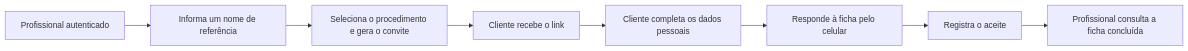
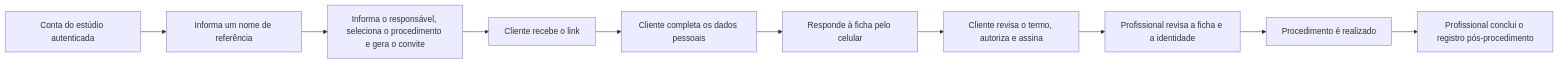
The first of 2 diagrams in README.md (Felipe-everardo/ficha-digital), drawn with Mermaid before and after one commit. The commit also changed other lines of this file and 173 other files, not shown here.

````diff
--- a/README.md
+++ b/README.md
@@ -41,10 +42,12 @@
 ```mermaid
 flowchart LR
-    A["Profissional autenticado"] --> B["Informa um nome de referência"]
-    B --> C["Seleciona o procedimento e gera o convite"]
+    A["Conta do estúdio autenticada"] --> B["Informa um nome de referência"]
+    B --> C["Informa o responsável, seleciona o procedimento e gera o convite"]
     C --> D["Cliente recebe o link"]
     D --> E["Cliente completa os dados pessoais"]
     E --> F["Responde à ficha pelo celular"]
-    F --> G["Registra o aceite"]
-    G --> H["Profissional consulta a ficha concluída"]
+    F --> G["Cliente revisa o termo, autoriza e assina"]
+    G --> H["Profissional revisa a ficha e a identidade"]
+    H --> I["Procedimento é realizado"]
+    I --> J["Profissional conclui o registro pós-procedimento"]
 ```
````
